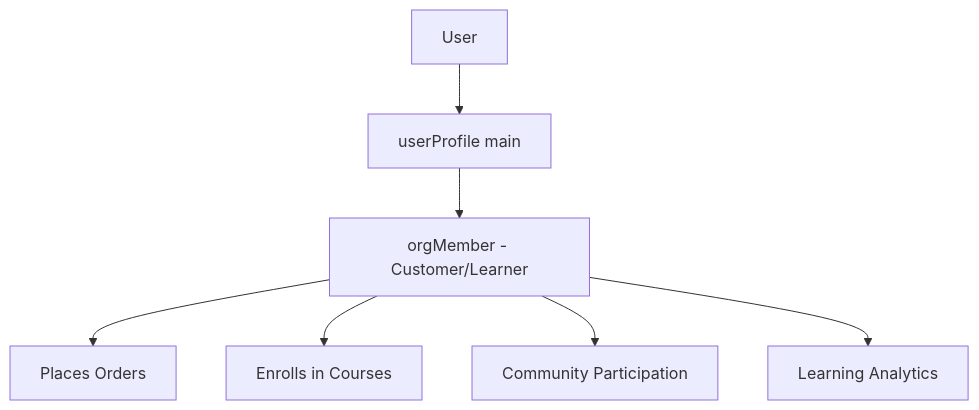
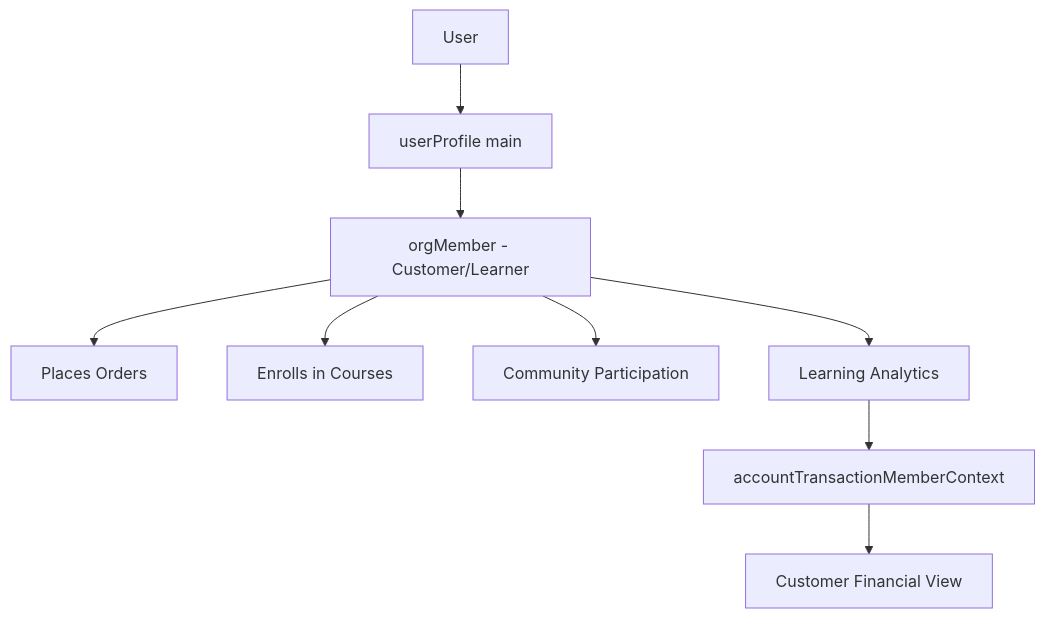
One commit to DreamEcho100/maze changed the first of 5 diagrams in apps/volmify/src/server/libs/db/schema/README.md. Above: the diagram before and after it, drawn with Mermaid. The commit also changed other lines of this file and 4 other files, not shown here.

Commit message:
feat: Update Volmify database schema and relations for enhanced financial context and user management

````diff
--- a/apps/volmify/src/server/libs/db/schema/README.md
+++ b/apps/volmify/src/server/libs/db/schema/README.md
@@ -266,9 +313,11 @@
 ```mermaid
 graph TD
     A[User] --> B[userProfile main]
     B --> C[orgMember - Customer/Learner]
     C --> D[Places Orders]
     C --> E[Enrolls in Courses]
     C --> F[Community Participation]
     C --> G[Learning Analytics]
+    G --> H[accountTransactionMemberContext]
+    H --> I[Customer Financial View]
 ```
````
